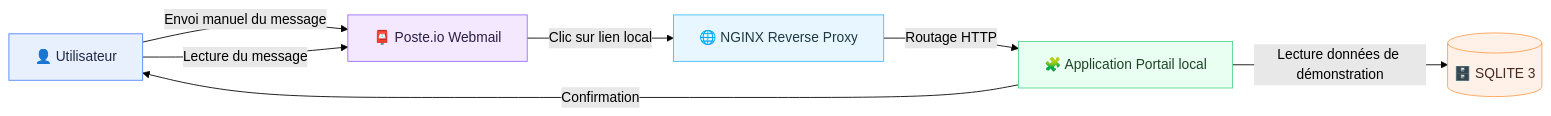
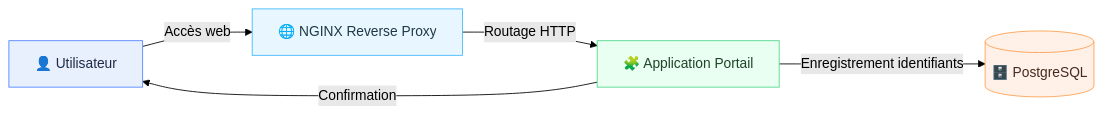
The first of 2 diagrams in README.md (Alidrix/L_ATELIER), drawn with Mermaid (forest theme) before and after one commit. The commit also changed other lines of this file and 6 other files, not shown here.

````diff
--- a/README.md
+++ b/README.md
@@ -3,21 +3,17 @@
 ```mermaid
 flowchart LR
   classDef user fill:#E8F0FE,stroke:#4F83FF,color:#1F2A44;
-  classDef mail fill:#F3E8FF,stroke:#9B6BFF,color:#2A1F44;
   classDef web fill:#E8F7FF,stroke:#3FB8FF,color:#1F3A44;
   classDef app fill:#E8FFF1,stroke:#4FD88B,color:#1F442A;
   classDef db fill:#FFF1E8,stroke:#FF9F4F,color:#442A1F;
 
   U[👤 Utilisateur]:::user
-  M[📮 Poste.io Webmail]:::mail
   N[🌐 NGINX Reverse Proxy]:::web
-  A[🧩 Application Portail local]:::app
-  D[(🗄️ SQLITE 3)]:::db
+  A[🧩 Application Portail]:::app
+  D[(🗄️ PostgreSQL)]:::db
 
-  U -->|Envoi manuel du message| M
-  U -->|Lecture du message| M
-  M -->|Clic sur lien local| N
+  U -->|Accès web| N
   N -->|Routage HTTP| A
-  A -->|Lecture données de démonstration| D
+  A -->|Enregistrement identifiants| D
   A -->|Confirmation| U
 ```
````
